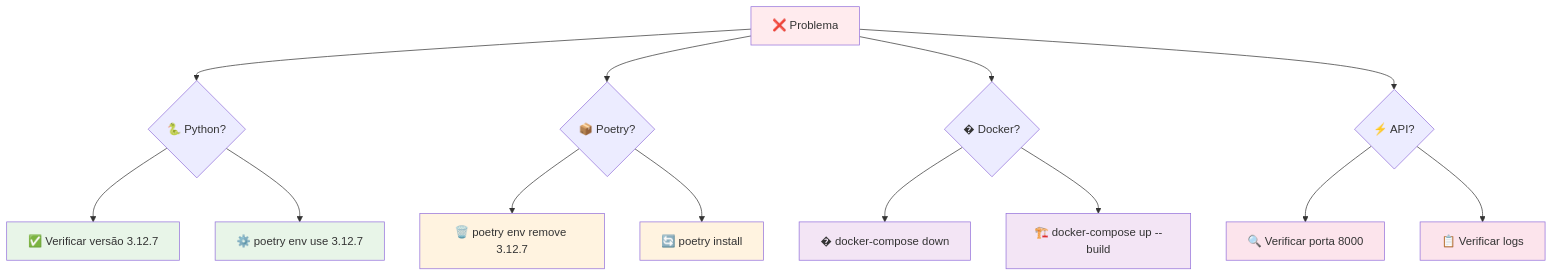
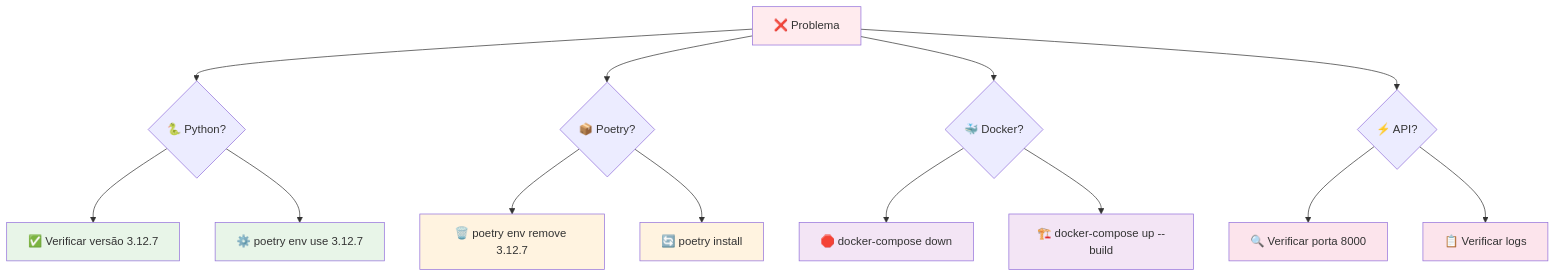
One commit to ulissesbomjardim/machine-learning-engineer changed the seventh of 8 diagrams in README.md. Above: the diagram before and after it, drawn with Mermaid. The commit also changed other lines of this file, not shown here.

Commit message:
docs: Complete documentation redesign with modern layout and Mermaid diagrams

````diff
--- a/README.md
+++ b/README.md
@@ -368,29 +368,29 @@
 ```mermaid
 graph TD
-    A[❌ Problema] --> B{🐍 Python?}
-    A --> C{📦 Poetry?}
-    A --> D{� Docker?}
-    A --> E{⚡ API?}
+    A["❌ Problema"] --> B{"🐍 Python?"}
+    A --> C{"📦 Poetry?"}
+    A --> D{"🐳 Docker?"}
+    A --> E{"⚡ API?"}
 
-    B --> B1[✅ Verificar versão 3.12.7]
-    B --> B2[⚙️ poetry env use 3.12.7]
+    B --> B1["✅ Verificar versão 3.12.7"]
+    B --> B2["⚙️ poetry env use 3.12.7"]
 
-    C --> C1[🗑️ poetry env remove 3.12.7]
-    C --> C2[🔄 poetry install]
+    C --> C1["🗑️ poetry env remove 3.12.7"]
+    C --> C2["🔄 poetry install"]
 
-    D --> D1[� docker-compose down]
-    D --> D2[🏗️ docker-compose up --build]
+    D --> D1["🛑 docker-compose down"]
+    D --> D2["🏗️ docker-compose up --build"]
 
-    E --> E1[🔍 Verificar porta 8000]
-    E --> E2[📋 Verificar logs]
+    E --> E1["🔍 Verificar porta 8000"]
+    E --> E2["📋 Verificar logs"]
 
     style A fill:#ffebee
     style B1 fill:#e8f5e8
     style B2 fill:#e8f5e8
     style C1 fill:#fff3e0
     style C2 fill:#fff3e0
     style D1 fill:#f3e5f5
     style D2 fill:#f3e5f5
     style E1 fill:#fce4ec
     style E2 fill:#fce4ec
 ```
````
